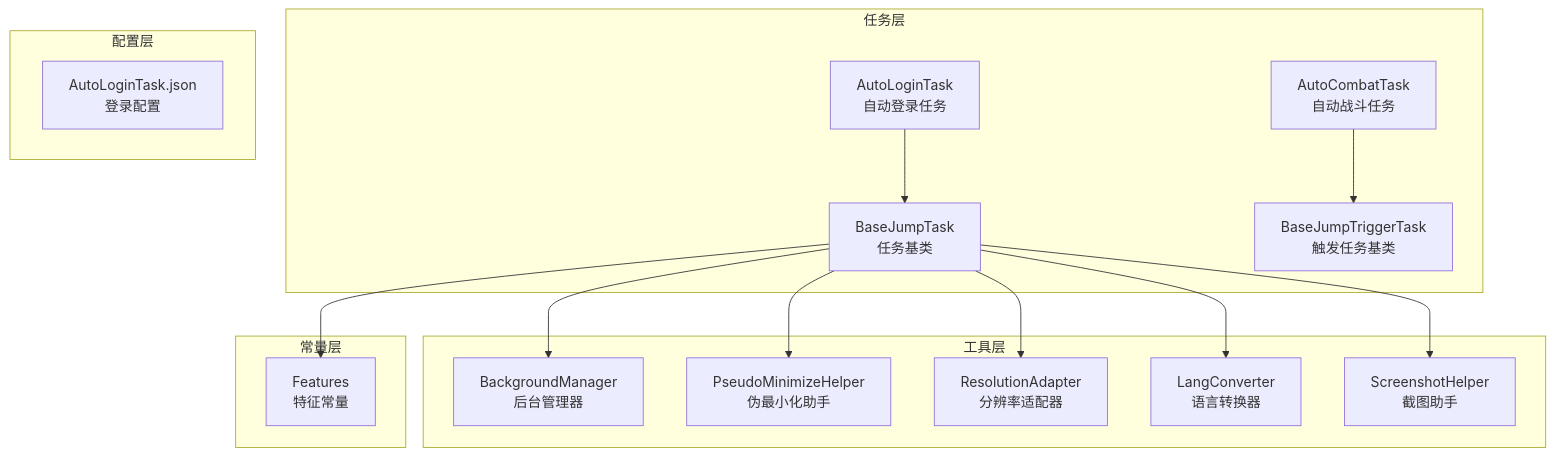
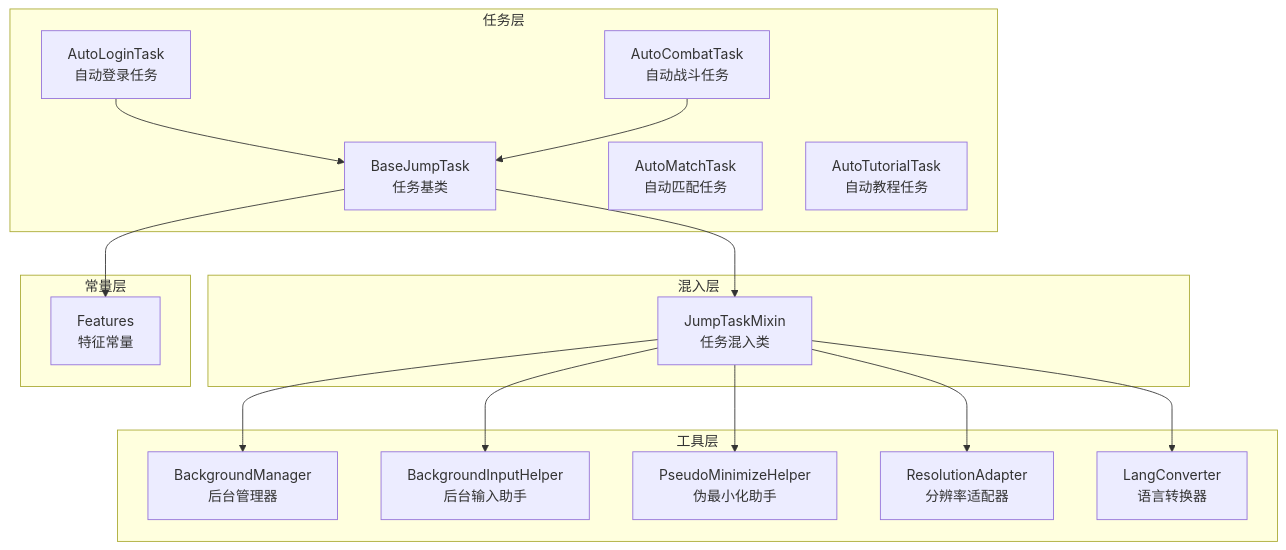
One commit to xsy098-max/ok-jump changed the first of 6 diagrams in .qoder/repowiki/zh/content/任务系统/任务基类设计.md. Above: the diagram before and after it, drawn with Mermaid. The commit also changed other lines of this file and 216 other files, not shown here.

````diff
--- a/.qoder/repowiki/zh/content/任务系统/任务基类设计.md
+++ b/.qoder/repowiki/zh/content/任务系统/任务基类设计.md
@@ -41,30 +41,32 @@
 ```mermaid
 graph TB
 subgraph "任务层"
-BaseJumpTask[BaseJumpTask<br/>任务基类]
-BaseJumpTriggerTask[BaseJumpTriggerTask<br/>触发任务基类]
-AutoLoginTask[AutoLoginTask<br/>自动登录任务]
-AutoCombatTask[AutoCombatTask<br/>自动战斗任务]
+A[BaseJumpTask<br/>任务基类]
+B[AutoLoginTask<br/>自动登录任务]
+C[AutoCombatTask<br/>自动战斗任务]
+D[AutoMatchTask<br/>自动匹配任务]
+E[AutoTutorialTask<br/>自动教程任务]
+end
+subgraph "混入层"
+F[JumpTaskMixin<br/>任务混入类]
 end
 subgraph "工具层"
-BackgroundManager[BackgroundManager<br/>后台管理器]
-PseudoMinimizeHelper[PseudoMinimizeHelper<br/>伪最小化助手]
-ResolutionAdapter[ResolutionAdapter<br/>分辨率适配器]
-LangConverter[LangConverter<br/>语言转换器]
-ScreenshotHelper[ScreenshotHelper<br/>截图助手]
+G[BackgroundManager<br/>后台管理器]
+H[BackgroundInputHelper<br/>后台输入助手]
+I[PseudoMinimizeHelper<br/>伪最小化助手]
+J[ResolutionAdapter<br/>分辨率适配器]
+K[LangConverter<br/>语言转换器]
 end
 subgraph "常量层"
-Features[Features<br/>特征常量]
+L[Features<br/>特征常量]
 end
-subgraph "配置层"
-AutoLoginConfig[AutoLoginTask.json<br/>登录配置]
-end
-BaseJumpTask --> BackgroundManager
-BaseJumpTask --> PseudoMinimizeHelper
-BaseJumpTask --> ResolutionAdapter
-BaseJumpTask --> LangConverter
-BaseJumpTask --> ScreenshotHelper
-BaseJumpTask --> Features
-AutoLoginTask --> BaseJumpTask
-AutoCombatTask --> BaseJumpTriggerTask
+A --> F
+B --> A
+C --> A
+F --> G
+F --> H
+F --> I
+F --> J
+F --> K
+A --> L
 ```
````
